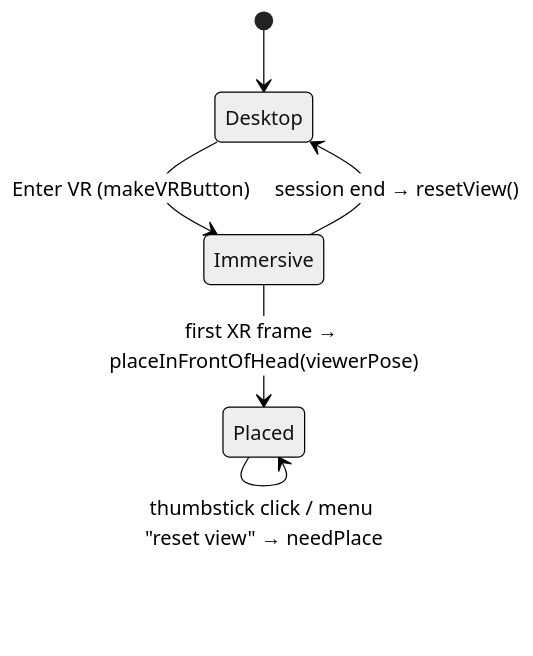
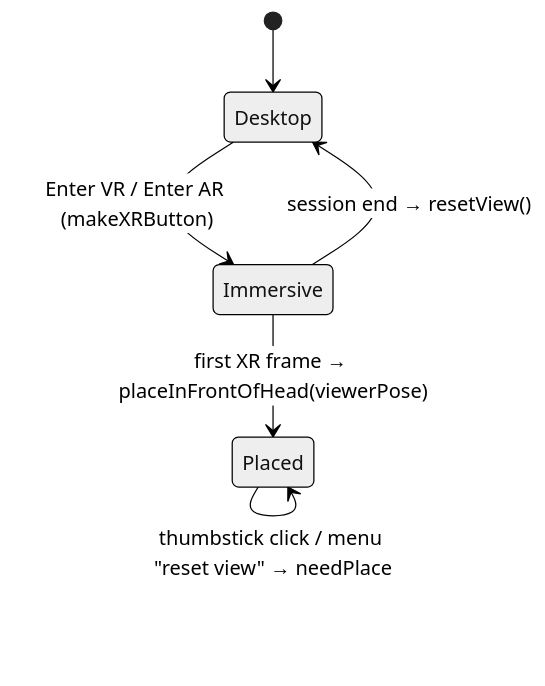
One commit to arinbb/md-vr-viewer changed the second of 3 diagrams in docs/ARCHITECTURE.md. Above: the diagram before and after it, drawn with Mermaid (neutral theme). The commit also changed other lines of this file and 12 other files, not shown here.

````diff
--- a/docs/ARCHITECTURE.md
+++ b/docs/ARCHITECTURE.md
@@ -581,9 +617,9 @@
 ```mermaid
 stateDiagram-v2
     [*] --> Desktop
-    Desktop --> Immersive: Enter VR (makeVRButton)
+    Desktop --> Immersive: Enter VR / Enter AR (makeXRButton)
     Immersive --> Placed: first XR frame → placeInFrontOfHead(viewerPose)
     Placed --> Placed: each frame: pollGamepads → updateGrab → menu.faceHead/draw → updatePositions → updateHover → render
     Placed --> Placed: thumbstick click / menu "reset view" → needPlace
     Immersive --> Desktop: session end → resetView()
 ```
````
